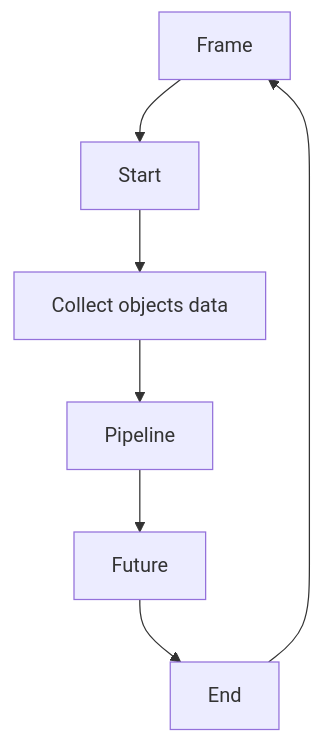
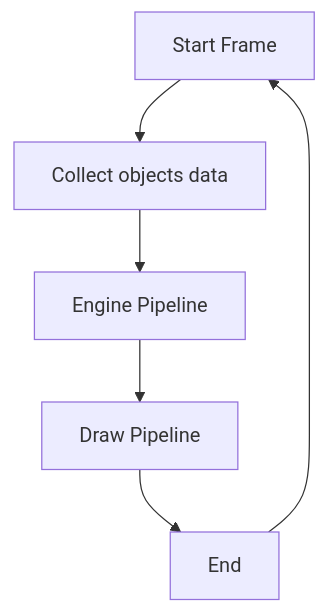
The second of 2 diagrams in README.md (Delfi1/DEngine), drawn with Mermaid before and after one commit. The commit also changed other lines of this file and 8 other files, not shown here.

````diff
--- a/README.md
+++ b/README.md
@@ -31,10 +31,9 @@
 ```mermaid
 graph TD;
-    Frame;
-    Frame --> Start;
-    Start --> OD["Collect objects data"]
-    OD --> Pipeline;
-    Pipeline --> Future;
-    Future --> End;
+    Frame[Start Frame];
+    Frame --> OD[Collect objects data]
+    OD --> EP[Engine Pipeline];
+    EP --> DP[Draw Pipeline];
+    DP --> End;
     End --> Frame
 ```
````
